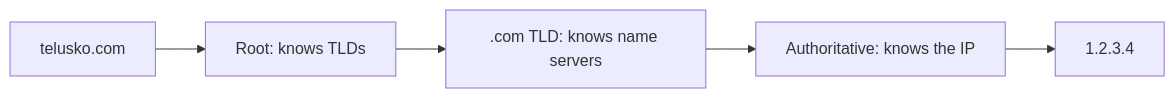
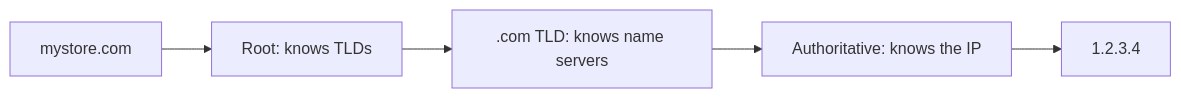
Before and after one commit to indrajeet4192/system-design-notes: the second of 2 diagrams in notes/04-dns.md, drawn with Mermaid. The commit also changed other lines of this file and 17 other files, not shown here.

````diff
--- a/notes/04-dns.md
+++ b/notes/04-dns.md
@@ -90,7 +89,7 @@
 ```mermaid
 flowchart LR
-    A["telusko.com"] --> B["Root: knows TLDs"]
+    A["mystore.com"] --> B["Root: knows TLDs"]
     B --> C[".com TLD: knows name servers"]
     C --> D["Authoritative: knows the IP"]
     D --> E["1.2.3.4"]
 ```
````
